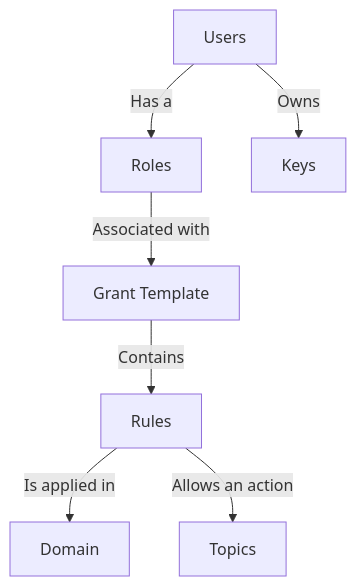
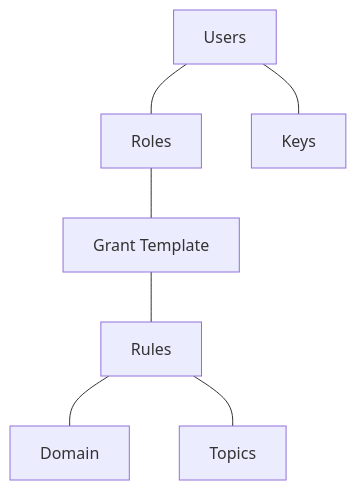
The first of 2 diagrams in README.md (argelion14/TFM-AngelAmadeoGonzalezRuiz), drawn with Mermaid before and after one commit. The commit also changed other lines of this file, not shown here.

Commit message:
Refactor flowchart in README.md for improved clarity; add class diagram for user roles and permissions

````diff
--- a/README.md
+++ b/README.md
@@ -173,10 +173,10 @@
 ```mermaid
 flowchart TD
-    A[Users] -->|Has a| R[Roles]
-    A -->|Owns| K[Keys]
-    R -->|Associated with| G[Grant Template]
-    G -->|Contains| Rules[Rules]
-    Rules -->|Is applied in| D[Domain]
-    Rules -->|Allows an action| T[Topics]
+    A[Users] --- R[Roles]
+    A --- K[Keys]
+    R --- G[Grant Template]
+    G --- Rules[Rules]
+    Rules --- D[Domain]
+    Rules --- T[Topics]
 
 ```
````
